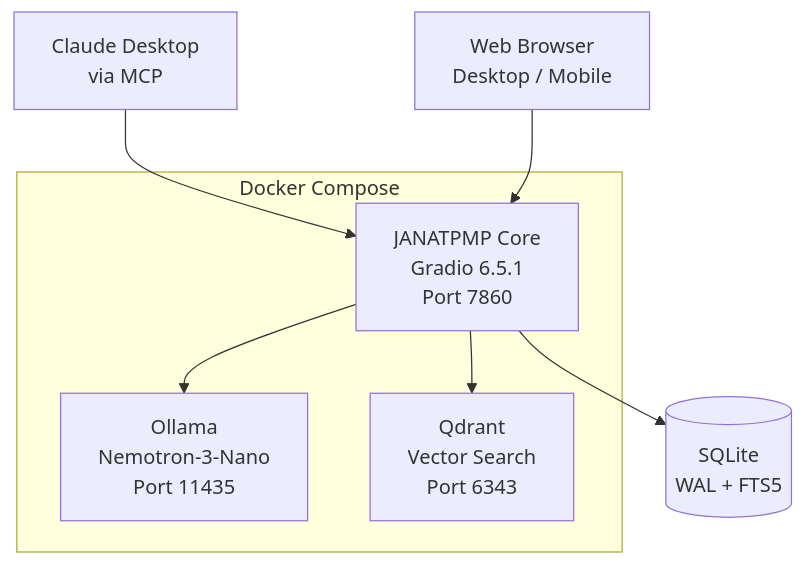
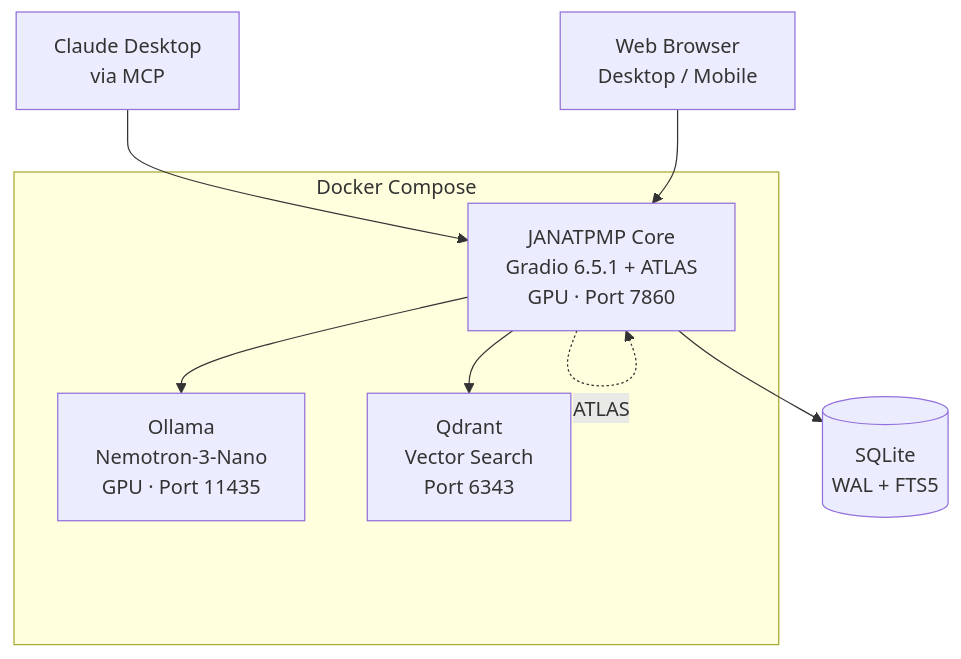
One commit to janat-llc/janatpmp changed the first of 2 diagrams in README.md. Above: the diagram before and after it, drawn with Mermaid. The commit also changed other lines of this file and 15 other files, not shown here.

````diff
--- a/README.md
+++ b/README.md
@@ -19,16 +19,17 @@
 ```mermaid
 graph TB
     subgraph Docker Compose
-        Core[JANATPMP Core<br/>Gradio 6.5.1<br/>Port 7860]
-        Ollama[Ollama<br/>Nemotron-3-Nano<br/>Port 11435]
+        Core[JANATPMP Core<br/>Gradio 6.5.1 + ATLAS<br/>GPU · Port 7860]
+        Ollama[Ollama<br/>Nemotron-3-Nano<br/>GPU · Port 11435]
         Qdrant[Qdrant<br/>Vector Search<br/>Port 6343]
     end
 
     SQLite[(SQLite<br/>WAL + FTS5)]
     Core --> SQLite
     Core --> Ollama
     Core --> Qdrant
+    Core -. ATLAS .-> Core
 
     Claude[Claude Desktop<br/>via MCP] --> Core
     Browser[Web Browser<br/>Desktop / Mobile] --> Core
 ```
````
